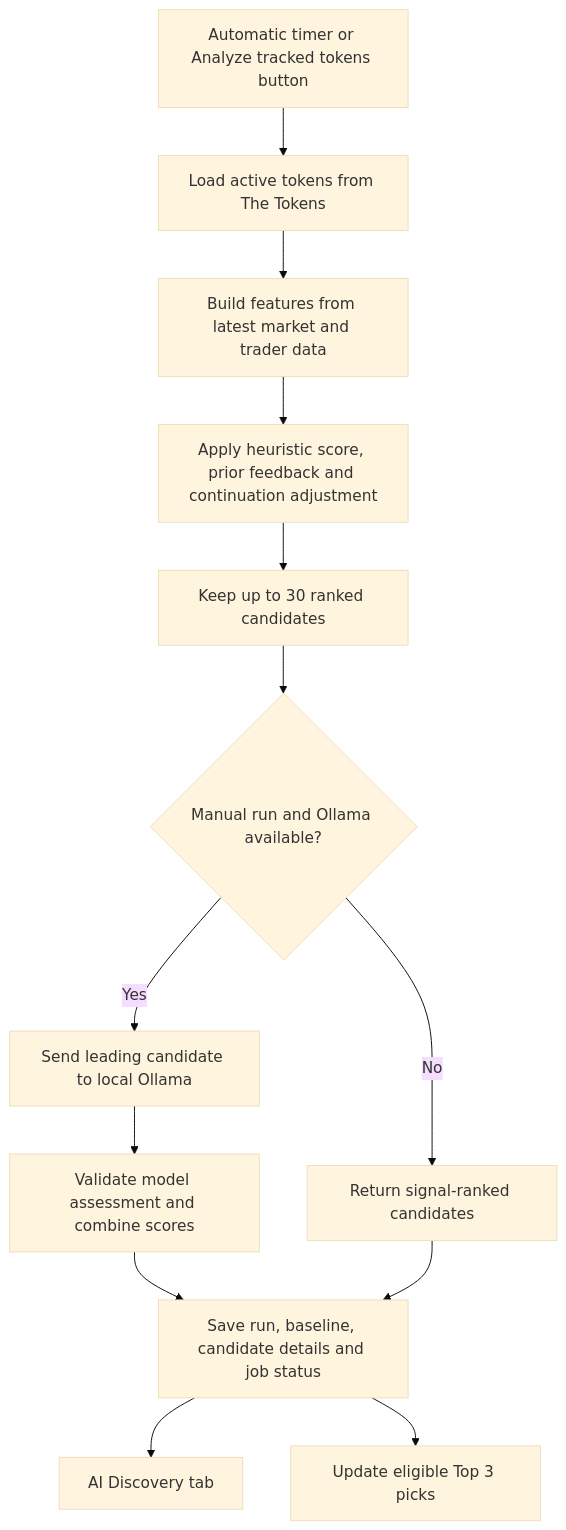
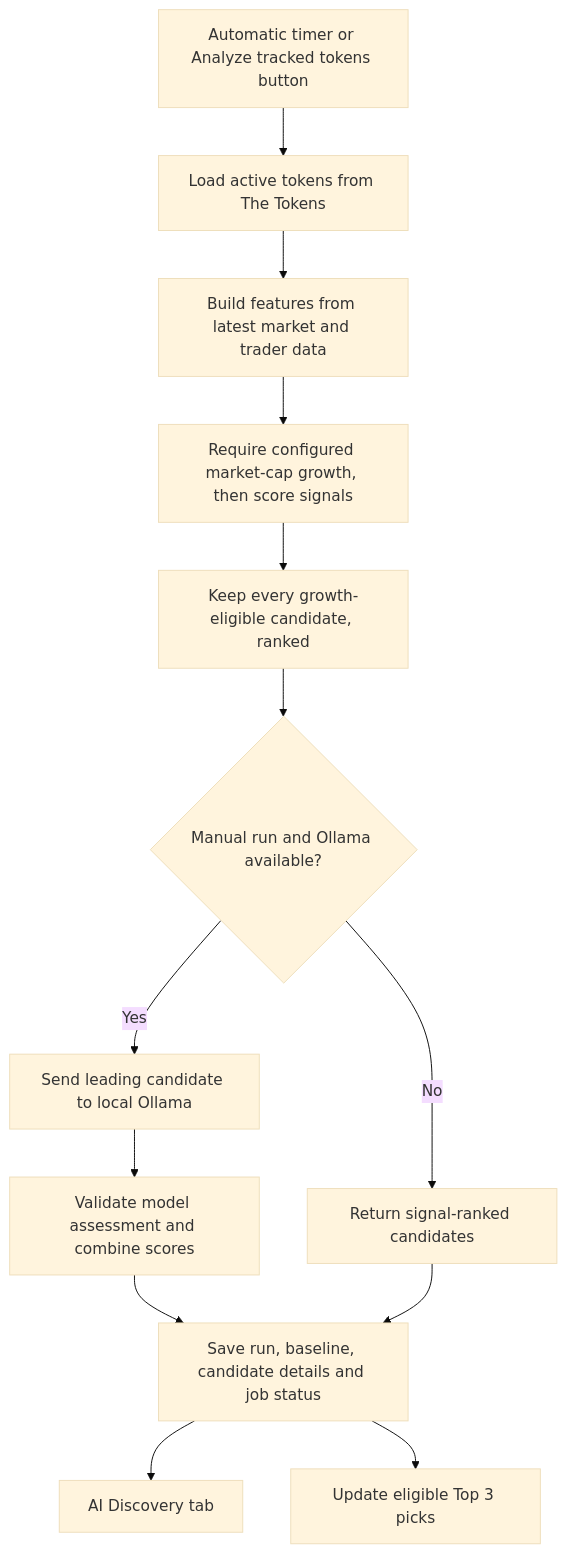
One commit to Ashokcharu/Fomo.family-Profile-Tracker changed the second of 2 diagrams in README.md. Above: the diagram before and after it, drawn with Mermaid (base theme). The commit also changed other lines of this file and 103 other files, not shown here.

````diff
--- a/README.md
+++ b/README.md
@@ -146,15 +146,15 @@
 ```mermaid
 flowchart TD
     A[Automatic timer or Analyze tracked tokens button] --> B[Load active tokens from The Tokens]
     B --> C[Build features from latest market and trader data]
-    C --> D[Apply heuristic score, prior feedback and continuation adjustment]
-    D --> E[Keep up to 30 ranked candidates]
+    C --> D[Require configured market-cap growth, then score signals]
+    D --> E[Keep every growth-eligible candidate, ranked]
     E --> F{Manual run and Ollama available?}
     F -- No --> G[Return signal-ranked candidates]
     F -- Yes --> H[Send leading candidate to local Ollama]
     H --> I[Validate model assessment and combine scores]
     I --> J[Save run, baseline, candidate details and job status]
     G --> J
     J --> K[AI Discovery tab]
     J --> L[Update eligible Top 3 picks]
 ```
````
